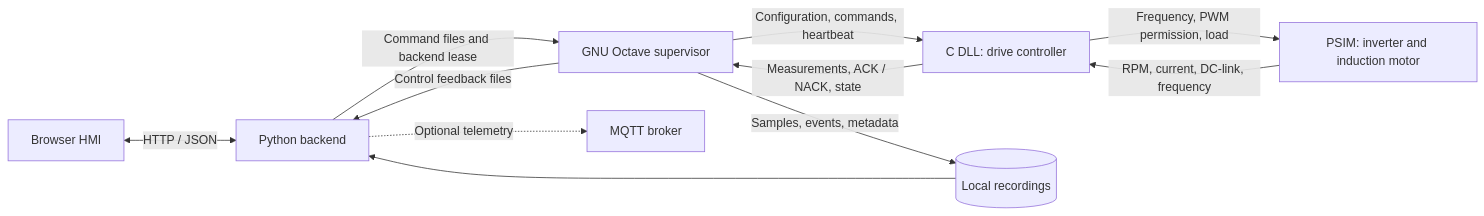
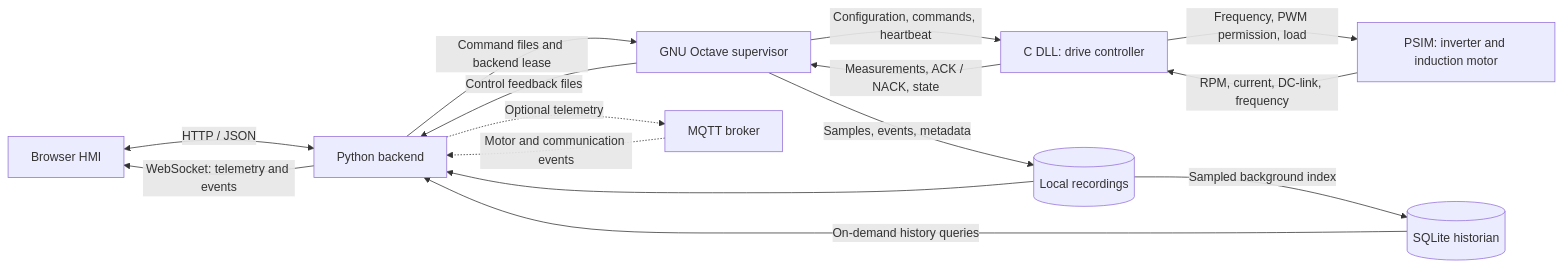
One commit to madallin/Industrial-Motor-Drive-Digital-Twin changed the first of 3 diagrams in README.md. Above: the diagram before and after it, drawn with Mermaid. The commit also changed other lines of this file and 27 other files, not shown here.

Commit message:
Add SQLite history, WebSocket telemetry, and MQTT notifications

````diff
--- a/README.md
+++ b/README.md
@@ -28,13 +31,17 @@
 ```mermaid
 flowchart LR
     HMI["Browser HMI"] <-->|"HTTP / JSON"| API["Python backend"]
+    API -->|"WebSocket: telemetry and events"| HMI
     API -->|"Command files and backend lease"| OCT["GNU Octave supervisor"]
     OCT -->|"Control feedback files"| API
     OCT -->|"Configuration, commands, heartbeat"| DLL["C DLL: drive controller"]
     DLL -->|"Measurements, ACK / NACK, state"| OCT
     DLL -->|"Frequency, PWM permission, load"| PLANT["PSIM: inverter and induction motor"]
     PLANT -->|"RPM, current, DC-link, frequency"| DLL
     OCT -->|"Samples, events, metadata"| DATA[("Local recordings")]
     DATA --> API
+    DATA -->|"Sampled background index"| SQL[("SQLite historian")]
+    SQL -->|"On-demand history queries"| API
     API -.->|"Optional telemetry"| MQTT["MQTT broker"]
+    MQTT -.->|"Motor and communication events"| API
 ```
````
